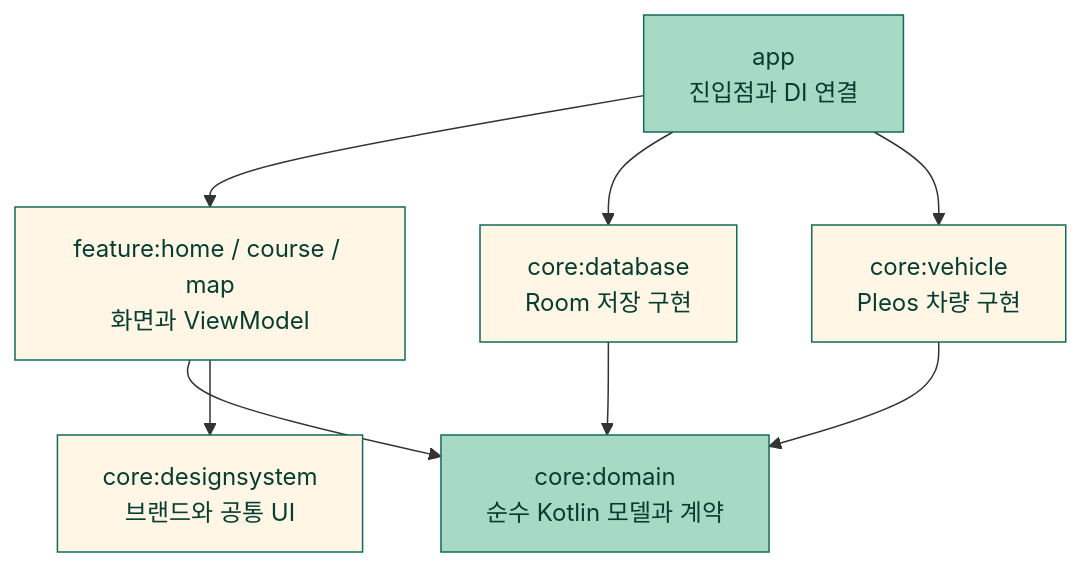
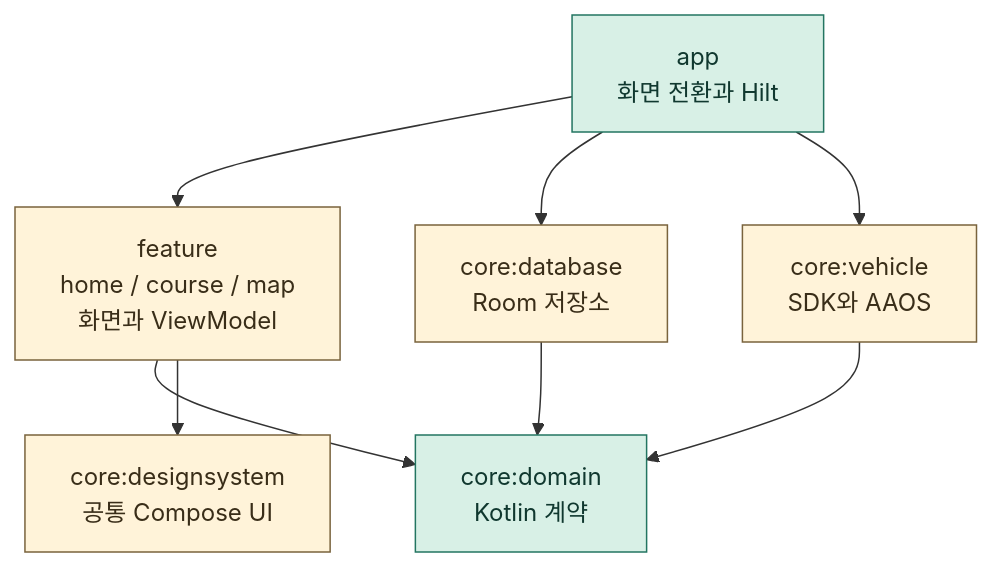
The diagram in README.md (HanGilLab/Android), drawn with Mermaid before and after one commit. The commit also changed other lines of this file and 6 other files, not shown here.

````diff
--- a/README.md
+++ b/README.md
@@ -139,22 +64,22 @@
 ```mermaid
 flowchart TB
-    App["app<br/>진입점과 DI 연결"]
-    Features["feature:home / course / map<br/>화면과 ViewModel"]
-    Domain["core:domain<br/>순수 Kotlin 모델과 계약"]
-    Design["core:designsystem<br/>브랜드와 공통 UI"]
-    Database["core:database<br/>Room 저장 구현"]
-    Vehicle["core:vehicle<br/>Pleos 차량 구현"]
+    App["app<br/>화면 전환과 Hilt"]
+    Feature["feature<br/>home / course / map<br/>화면과 ViewModel"]
+    Database["core:database<br/>Room 저장소"]
+    Vehicle["core:vehicle<br/>SDK와 AAOS"]
+    Domain["core:domain<br/>Kotlin 계약"]
+    Design["core:designsystem<br/>공통 Compose UI"]
 
-    App --> Features
+    App --> Feature
     App --> Database
     App --> Vehicle
-    Features --> Domain
-    Features --> Design
+    Feature --> Domain
+    Feature --> Design
     Database --> Domain
     Vehicle --> Domain
 
-    classDef mint fill:#A7DAC4,stroke:#126B59,color:#073D31
-    classDef cream fill:#FFF6E6,stroke:#126B59,color:#073D31
+    classDef mint fill:#D8F0E6,stroke:#237561,color:#10382F
+    classDef cream fill:#FFF3D9,stroke:#79633D,color:#392D18
     class App,Domain mint
-    class Features,Design,Database,Vehicle cream
+    class Feature,Design,Database,Vehicle cream
 ```
````
